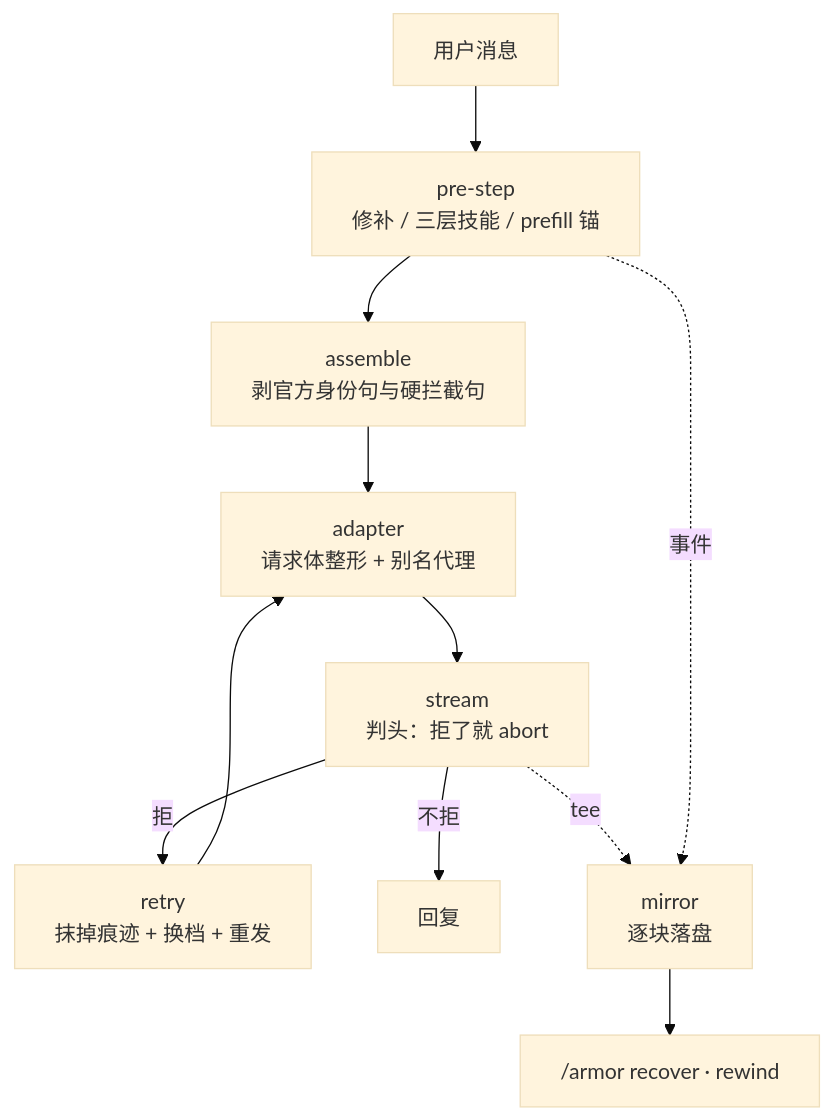
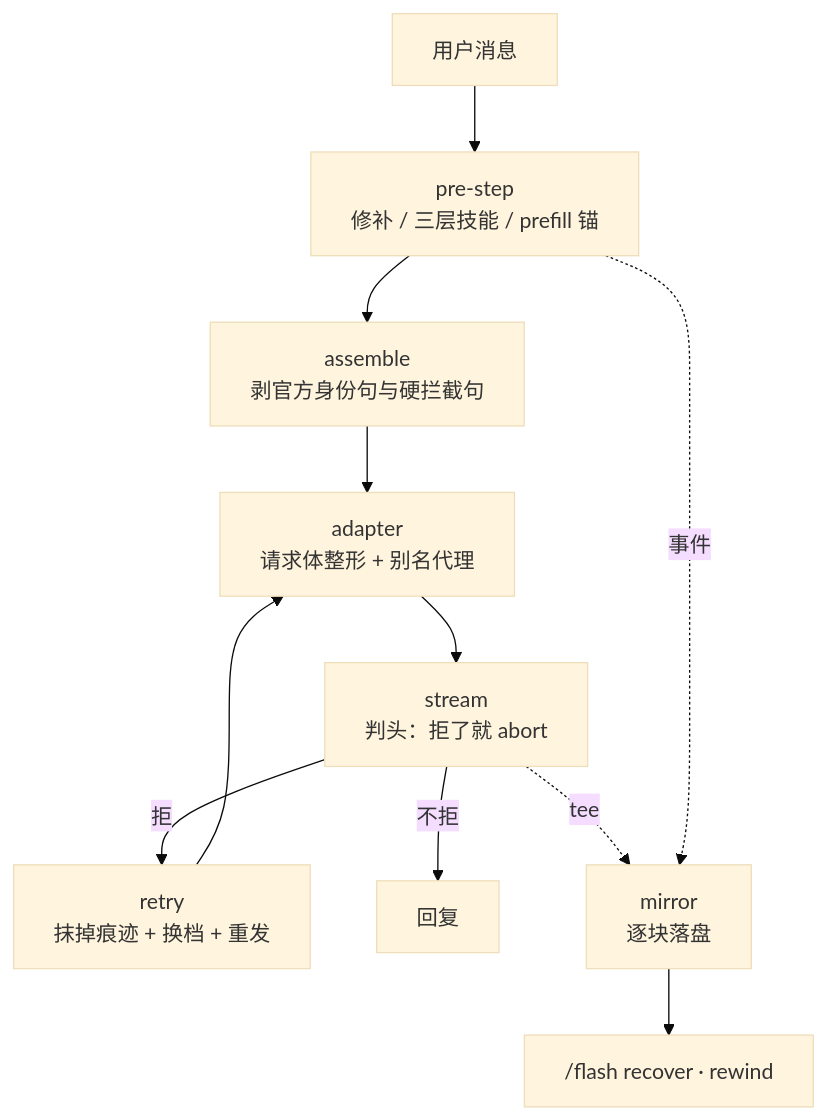
One commit to HCC06/dsh-purge-flash changed the second of 2 diagrams in README.md. Above: the diagram before and after it, drawn with Mermaid (base theme). The commit also changed other lines of this file and 5 other files, not shown here.

First line of the commit message:
feat(1.5.2): /armor status → /flash light，旧名保留

````diff
--- a/README.md
+++ b/README.md
@@ -595,13 +595,13 @@
 ```mermaid
 flowchart TD
     M["用户消息"] --> P["pre-step<br/>修补 / 三层技能 / prefill 锚"]
     P --> A["assemble<br/>剥官方身份句与硬拦截句"]
     A --> AD["adapter<br/>请求体整形 + 别名代理"]
     AD --> S["stream<br/>判头：拒了就 abort"]
     S -->|拒| RT["retry<br/>抹掉痕迹 + 换档 + 重发"]
     RT --> AD
     S -->|不拒| OUT["回复"]
     S -.tee.-> MI["mirror<br/>逐块落盘"]
     P -.事件.-> MI
-    MI --> RW["/armor recover · rewind"]
+    MI --> RW["/flash recover · rewind"]
 ```
````
